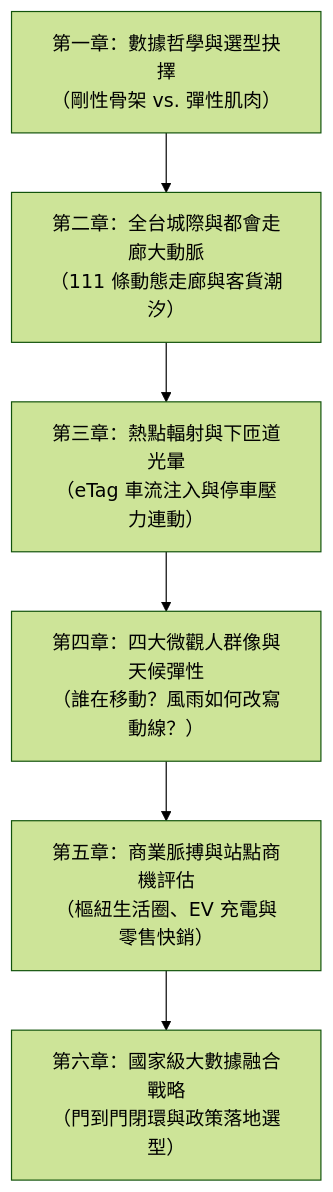
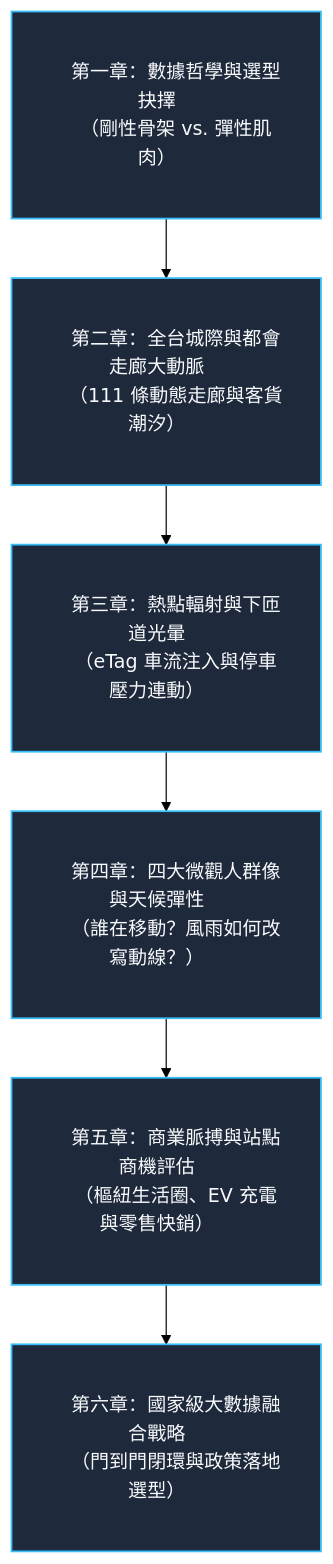
One commit to tobytoy/taiwan-mobility-pulse changed the diagram in docs/README.md. Above: the diagram before and after it, drawn with Mermaid (forest theme). The commit also changed 2 other files, not shown here.

Commit message:
style(docs): widen Mermaid nodes with padding and emsp spaces to prevent CJK truncation

````diff
--- a/docs/README.md
+++ b/docs/README.md
@@ -22,8 +22,10 @@
 ```mermaid
 flowchart TD
-    C1["第一章：數據哲學與選型抉擇<br>（剛性骨架 vs. 彈性肌肉）"] --> C2["第二章：全台城際與都會走廊大動脈<br>（111 條動態走廊與客貨潮汐）"]
-    C2 --> C3["第三章：熱點輻射與下匝道光暈<br>（eTag 車流注入與停車壓力連動）"]
-    C3 --> C4["第四章：四大微觀人群像與天候彈性<br>（誰在移動？風雨如何改寫動線？）"]
-    C4 --> C5["第五章：商業脈搏與站點商機評估<br>（樞紐生活圈、EV 充電與零售快銷）"]
-    C5 --> C6["第六章：國家級大數據融合戰略<br>（門到門閉環與政策落地選型）"]
+    classDef default fill:#1e293b,stroke:#38bdf8,stroke-width:1.5px,color:#f8fafc,padding:16px 50px;
+
+    C1["&emsp;第一章：數據哲學與選型抉擇&emsp;<br/>&emsp;（剛性骨架 vs. 彈性肌肉）&emsp;"] --> C2["&emsp;第二章：全台城際與都會走廊大動脈&emsp;<br/>&emsp;（111 條動態走廊與客貨潮汐）&emsp;"]
+    C2 --> C3["&emsp;第三章：熱點輻射與下匝道光暈&emsp;<br/>&emsp;（eTag 車流注入與停車壓力連動）&emsp;"]
+    C3 --> C4["&emsp;第四章：四大微觀人群像與天候彈性&emsp;<br/>&emsp;（誰在移動？風雨如何改寫動線？）&emsp;"]
+    C4 --> C5["&emsp;第五章：商業脈搏與站點商機評估&emsp;<br/>&emsp;（樞紐生活圈、EV 充電與零售快銷）&emsp;"]
+    C5 --> C6["&emsp;第六章：國家級大數據融合戰略&emsp;<br/>&emsp;（門到門閉環與政策落地選型）&emsp;"]
 ```
````
